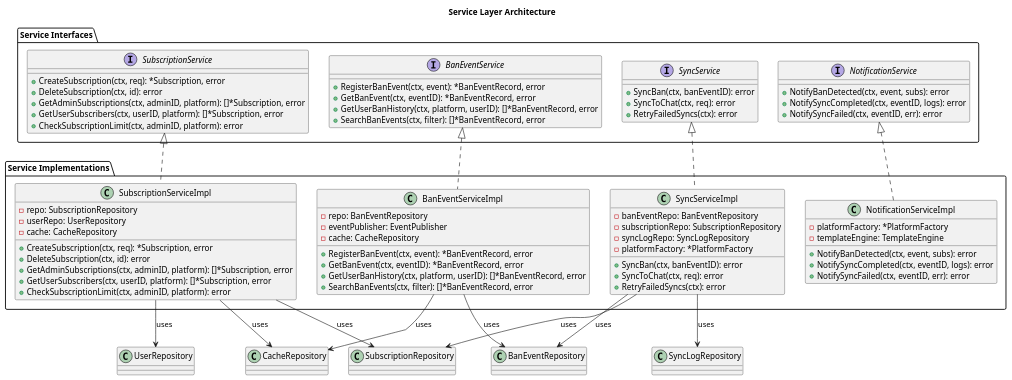
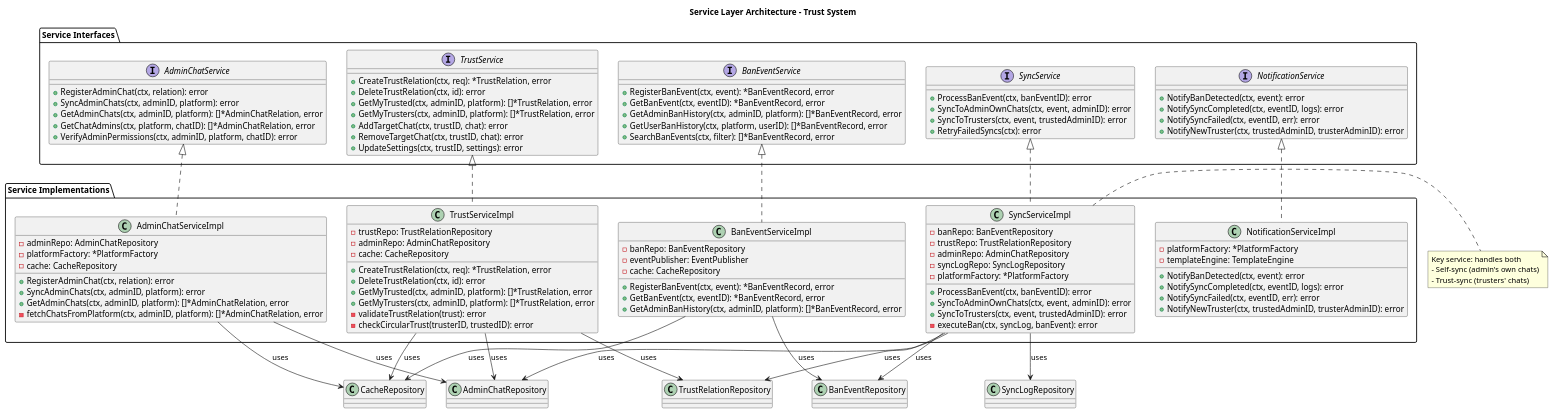
The diagram in service_layer.puml (Eelyousha/dozor-service), drawn with PlantUML before and after one commit. The commit also changed 13 other files, not shown here.

Commit message:
Updated architecture

```diff
--- a/service_layer.puml
+++ b/service_layer.puml
@@ -1,90 +1,127 @@
 @startuml
-title Service Layer Architecture
+title Service Layer Architecture - Trust System
 
 package "Service Interfaces" {
-    interface SubscriptionService {
-        +CreateSubscription(ctx, req): *Subscription, error
-        +DeleteSubscription(ctx, id): error
-        +GetAdminSubscriptions(ctx, adminID, platform): []*Subscription, error
-        +GetUserSubscribers(ctx, userID, platform): []*Subscription, error
-        +CheckSubscriptionLimit(ctx, adminID, platform): error
+    interface TrustService {
+        +CreateTrustRelation(ctx, req): *TrustRelation, error
+        +DeleteTrustRelation(ctx, id): error
+        +GetMyTrusted(ctx, adminID, platform): []*TrustRelation, error
+        +GetMyTrusters(ctx, adminID, platform): []*TrustRelation, error
+        +AddTargetChat(ctx, trustID, chat): error
+        +RemoveTargetChat(ctx, trustID, chat): error
+        +UpdateSettings(ctx, trustID, settings): error
+    }
+    
+    interface AdminChatService {
+        +RegisterAdminChat(ctx, relation): error
+        +SyncAdminChats(ctx, adminID, platform): error
+        +GetAdminChats(ctx, adminID, platform): []*AdminChatRelation, error
+        +GetChatAdmins(ctx, platform, chatID): []*AdminChatRelation, error
+        +VerifyAdminPermissions(ctx, adminID, platform, chatID): error
     }
     
     interface BanEventService {
         +RegisterBanEvent(ctx, event): *BanEventRecord, error
         +GetBanEvent(ctx, eventID): *BanEventRecord, error
+        +GetAdminBanHistory(ctx, adminID, platform): []*BanEventRecord, error
         +GetUserBanHistory(ctx, platform, userID): []*BanEventRecord, error
         +SearchBanEvents(ctx, filter): []*BanEventRecord, error
     }
     
     interface SyncService {
-        +SyncBan(ctx, banEventID): error
-        +SyncToChat(ctx, req): error
+        +ProcessBanEvent(ctx, banEventID): error
+        +SyncToAdminOwnChats(ctx, event, adminID): error
+        +SyncToTrusters(ctx, event, trustedAdminID): error
         +RetryFailedSyncs(ctx): error
     }
     
     interface NotificationService {
-        +NotifyBanDetected(ctx, event, subs): error
+        +NotifyBanDetected(ctx, event): error
         +NotifySyncCompleted(ctx, eventID, logs): error
         +NotifySyncFailed(ctx, eventID, err): error
+        +NotifyNewTruster(ctx, trustedAdminID, trusterAdminID): error
     }
 }
 
 package "Service Implementations" {
-    class SubscriptionServiceImpl {
-        -repo: SubscriptionRepository
-        -userRepo: UserRepository
+    class TrustServiceImpl {
+        -trustRepo: TrustRelationRepository
+        -adminRepo: AdminChatRepository
         -cache: CacheRepository
-        +CreateSubscription(ctx, req): *Subscription, error
-        +DeleteSubscription(ctx, id): error
-        +GetAdminSubscriptions(ctx, adminID, platform): []*Subscription, error
-        +GetUserSubscribers(ctx, userID, platform): []*Subscription, error
-        +CheckSubscriptionLimit(ctx, adminID, platform): error
+        +CreateTrustRelation(ctx, req): *TrustRelation, error
+        +DeleteTrustRelation(ctx, id): error
+        +GetMyTrusted(ctx, adminID, platform): []*TrustRelation, error
+        +GetMyTrusters(ctx, adminID, platform): []*TrustRelation, error
+        -validateTrustRelation(trust): error
+        -checkCircularTrust(trusterID, trustedID): error
+    }
+    
+    class AdminChatServiceImpl {
+        -adminRepo: AdminChatRepository
+        -platformFactory: *PlatformFactory
+        -cache: CacheRepository
+        +RegisterAdminChat(ctx, relation): error
+        +SyncAdminChats(ctx, adminID, platform): error
+        +GetAdminChats(ctx, adminID, platform): []*AdminChatRelation, error
+        -fetchChatsFromPlatform(ctx, adminID, platform): []*AdminChatRelation, error
     }
     
     class BanEventServiceImpl {
-        -repo: BanEventRepository
+        -banRepo: BanEventRepository
         -eventPublisher: EventPublisher
         -cache: CacheRepository
         +RegisterBanEvent(ctx, event): *BanEventRecord, error
         +GetBanEvent(ctx, eventID): *BanEventRecord, error
-        +GetUserBanHistory(ctx, platform, userID): []*BanEventRecord, error
-        +SearchBanEvents(ctx, filter): []*BanEventRecord, error
+        +GetAdminBanHistory(ctx, adminID, platform): []*BanEventRecord, error
     }
     
     class SyncServiceImpl {
-        -banEventRepo: BanEventRepository
-        -subscriptionRepo: SubscriptionRepository
+        -banRepo: BanEventRepository
+        -trustRepo: TrustRelationRepository
+        -adminRepo: AdminChatRepository
         -syncLogRepo: SyncLogRepository
         -platformFactory: *PlatformFactory
-        +SyncBan(ctx, banEventID): error
-        +SyncToChat(ctx, req): error
-        +RetryFailedSyncs(ctx): error
+        +ProcessBanEvent(ctx, banEventID): error
+        +SyncToAdminOwnChats(ctx, event, adminID): error
+        +SyncToTrusters(ctx, event, trustedAdminID): error
+        -executeBan(ctx, syncLog, banEvent): error
     }
     
     class NotificationServiceImpl {
         -platformFactory: *PlatformFactory
         -templateEngine: TemplateEngine
-        +NotifyBanDetected(ctx, event, subs): error
+        +NotifyBanDetected(ctx, event): error
         +NotifySyncCompleted(ctx, eventID, logs): error
         +NotifySyncFailed(ctx, eventID, err): error
+        +NotifyNewTruster(ctx, trustedAdminID, trusterAdminID): error
     }
 }
 
-SubscriptionService <|.. SubscriptionServiceImpl
+TrustService <|.. TrustServiceImpl
+AdminChatService <|.. AdminChatServiceImpl
 BanEventService <|.. BanEventServiceImpl
 SyncService <|.. SyncServiceImpl
 NotificationService <|.. NotificationServiceImpl
 
-SubscriptionServiceImpl --> SubscriptionRepository : uses
-SubscriptionServiceImpl --> UserRepository : uses
-SubscriptionServiceImpl --> CacheRepository : uses
+TrustServiceImpl --> TrustRelationRepository : uses
+TrustServiceImpl --> AdminChatRepository : uses
+TrustServiceImpl --> CacheRepository : uses
+
+AdminChatServiceImpl --> AdminChatRepository : uses
+AdminChatServiceImpl --> CacheRepository : uses
 
 BanEventServiceImpl --> BanEventRepository : uses
 BanEventServiceImpl --> CacheRepository : uses
 
 SyncServiceImpl --> BanEventRepository : uses
-SyncServiceImpl --> SubscriptionRepository : uses
+SyncServiceImpl --> TrustRelationRepository : uses
+SyncServiceImpl --> AdminChatRepository : uses
 SyncServiceImpl --> SyncLogRepository : uses
 
+note right of SyncServiceImpl
+  Key service: handles both
+  - Self-sync (admin's own chats)
+  - Trust-sync (trusters' chats)
+end note
+
 @enduml
```
